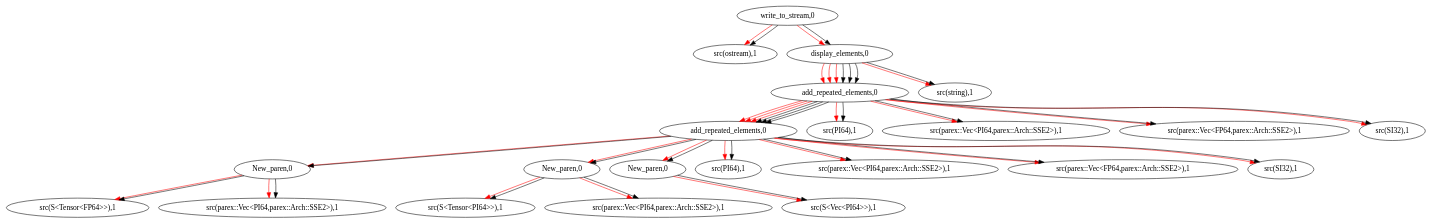
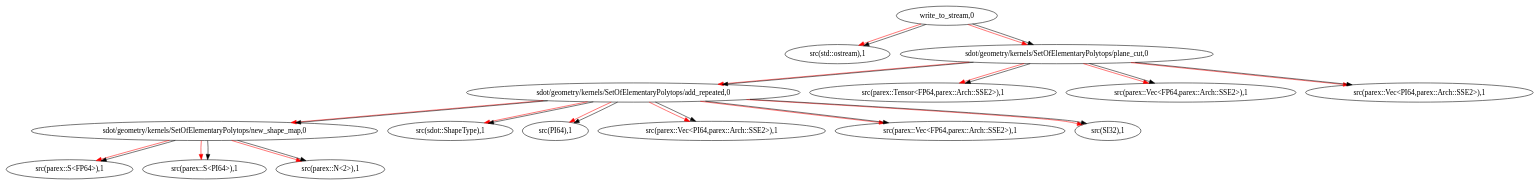
The diagram in .tasks.dot (sd-ot/sdot), drawn with Graphviz before and after one commit. The commit also changed 3 other files, not shown here.

```diff
--- a/.tasks.dot
+++ b/.tasks.dot
@@ -1,74 +1,48 @@
 digraph LexemMaker {
-  node_0x5635b8bb23c0 [label="src(ostream),1"];
-  node_0x5635b8bb2500 -> node_0x5635b8bb23c0 [color=red];
-  node_0x5635b8bb0c90 [label="src(S<Tensor<FP64>>),1"];
-  node_0x5635b8bb0e80 -> node_0x5635b8bb0c90 [color=red];
-  node_0x5635b8bb0d90 [label="src(parex::Vec<PI64,parex::Arch::SSE2>),1"];
-  node_0x5635b8bb0e80 -> node_0x5635b8bb0d90 [color=red];
-  node_0x5635b8bb0e80 [label="New_paren,0"];
-  node_0x5635b8bb0e80 -> node_0x5635b8bb0c90;
-  node_0x5635b8bb0e80 -> node_0x5635b8bb0d90;
-  node_0x5635b8bb1570 -> node_0x5635b8bb0e80 [color=red];
-  node_0x5635b8bb0f40 [label="src(S<Tensor<PI64>>),1"];
-  node_0x5635b8bb1160 -> node_0x5635b8bb0f40 [color=red];
-  node_0x5635b8bb1040 [label="src(parex::Vec<PI64,parex::Arch::SSE2>),1"];
-  node_0x5635b8bb1160 -> node_0x5635b8bb1040 [color=red];
-  node_0x5635b8bb1160 [label="New_paren,0"];
-  node_0x5635b8bb1160 -> node_0x5635b8bb0f40;
-  node_0x5635b8bb1160 -> node_0x5635b8bb1040;
-  node_0x5635b8bb1570 -> node_0x5635b8bb1160 [color=red];
-  node_0x5635b8bb1220 [label="src(S<Vec<PI64>>),1"];
-  node_0x5635b8bb1350 -> node_0x5635b8bb1220 [color=red];
-  node_0x5635b8bb1350 [label="New_paren,0"];
-  node_0x5635b8bb1350 -> node_0x5635b8bb1220;
-  node_0x5635b8bb1570 -> node_0x5635b8bb1350 [color=red];
-  node_0x5635b8bb0bd0 [label="src(PI64),1"];
-  node_0x5635b8bb1570 -> node_0x5635b8bb0bd0 [color=red];
-  node_0x5635b8bb0af0 [label="src(parex::Vec<PI64,parex::Arch::SSE2>),1"];
-  node_0x5635b8bb1570 -> node_0x5635b8bb0af0 [color=red];
-  node_0x5635b8bb09d0 [label="src(parex::Vec<FP64,parex::Arch::SSE2>),1"];
-  node_0x5635b8bb1570 -> node_0x5635b8bb09d0 [color=red];
-  node_0x5635b8bb0910 [label="src(SI32),1"];
-  node_0x5635b8bb1570 -> node_0x5635b8bb0910 [color=red];
-  node_0x5635b8bb1570 [label="add_repeated_elements,0"];
-  node_0x5635b8bb1570 -> node_0x5635b8bb0e80;
-  node_0x5635b8bb1570 -> node_0x5635b8bb1160;
-  node_0x5635b8bb1570 -> node_0x5635b8bb1350;
-  node_0x5635b8bb1570 -> node_0x5635b8bb0bd0;
-  node_0x5635b8bb1570 -> node_0x5635b8bb0af0;
-  node_0x5635b8bb1570 -> node_0x5635b8bb09d0;
-  node_0x5635b8bb1570 -> node_0x5635b8bb0910;
-  node_0x5635b8bb1c00 -> node_0x5635b8bb1570 [color=red];
-  node_0x5635b8bb1c00 -> node_0x5635b8bb1570 [color=red];
-  node_0x5635b8bb1c00 -> node_0x5635b8bb1570 [color=red];
-  node_0x5635b8bb1a80 [label="src(PI64),1"];
-  node_0x5635b8bb1c00 -> node_0x5635b8bb1a80 [color=red];
-  node_0x5635b8bb1970 [label="src(parex::Vec<PI64,parex::Arch::SSE2>),1"];
-  node_0x5635b8bb1c00 -> node_0x5635b8bb1970 [color=red];
-  node_0x5635b8bb17d0 [label="src(parex::Vec<FP64,parex::Arch::SSE2>),1"];
-  node_0x5635b8bb1c00 -> node_0x5635b8bb17d0 [color=red];
-  node_0x5635b8bb16d0 [label="src(SI32),1"];
-  node_0x5635b8bb1c00 -> node_0x5635b8bb16d0 [color=red];
-  node_0x5635b8bb1c00 [label="add_repeated_elements,0"];
-  node_0x5635b8bb1c00 -> node_0x5635b8bb1570;
-  node_0x5635b8bb1c00 -> node_0x5635b8bb1570;
-  node_0x5635b8bb1c00 -> node_0x5635b8bb1570;
-  node_0x5635b8bb1c00 -> node_0x5635b8bb1a80;
-  node_0x5635b8bb1c00 -> node_0x5635b8bb1970;
-  node_0x5635b8bb1c00 -> node_0x5635b8bb17d0;
-  node_0x5635b8bb1c00 -> node_0x5635b8bb16d0;
-  node_0x5635b8bb22d0 -> node_0x5635b8bb1c00 [color=red];
-  node_0x5635b8bb22d0 -> node_0x5635b8bb1c00 [color=red];
-  node_0x5635b8bb22d0 -> node_0x5635b8bb1c00 [color=red];
-  node_0x5635b8bb2170 [label="src(string),1"];
-  node_0x5635b8bb22d0 -> node_0x5635b8bb2170 [color=red];
-  node_0x5635b8bb22d0 [label="display_elements,0"];
-  node_0x5635b8bb22d0 -> node_0x5635b8bb1c00;
-  node_0x5635b8bb22d0 -> node_0x5635b8bb1c00;
-  node_0x5635b8bb22d0 -> node_0x5635b8bb1c00;
-  node_0x5635b8bb22d0 -> node_0x5635b8bb2170;
-  node_0x5635b8bb2500 -> node_0x5635b8bb22d0 [color=red];
-  node_0x5635b8bb2500 [label="write_to_stream,0"];
-  node_0x5635b8bb2500 -> node_0x5635b8bb23c0;
-  node_0x5635b8bb2500 -> node_0x5635b8bb22d0;
+  node_0x5617e95d2f80 [label="src(std::ostream),1"];
+  node_0x5617e95d3050 -> node_0x5617e95d2f80 [color=red];
+  node_0x5617e95d1570 [label="src(parex::S<FP64>),1"];
+  node_0x5617e95d17d0 -> node_0x5617e95d1570 [color=red];
+  node_0x5617e95d1610 [label="src(parex::S<PI64>),1"];
+  node_0x5617e95d17d0 -> node_0x5617e95d1610 [color=red];
+  node_0x5617e95d16b0 [label="src(parex::N<2>),1"];
+  node_0x5617e95d17d0 -> node_0x5617e95d16b0 [color=red];
+  node_0x5617e95d17d0 [label="sdot/geometry/kernels/SetOfElementaryPolytops/new_shape_map,0"];
+  node_0x5617e95d17d0 -> node_0x5617e95d1570;
+  node_0x5617e95d17d0 -> node_0x5617e95d1610;
+  node_0x5617e95d17d0 -> node_0x5617e95d16b0;
+  node_0x5617e95d1f40 -> node_0x5617e95d17d0 [color=red];
+  node_0x5617e95d1d80 [label="src(sdot::ShapeType),1"];
+  node_0x5617e95d1f40 -> node_0x5617e95d1d80 [color=red];
+  node_0x5617e95d1ca0 [label="src(PI64),1"];
+  node_0x5617e95d1f40 -> node_0x5617e95d1ca0 [color=red];
+  node_0x5617e95d1ba0 [label="src(parex::Vec<PI64,parex::Arch::SSE2>),1"];
+  node_0x5617e95d1f40 -> node_0x5617e95d1ba0 [color=red];
+  node_0x5617e95d1a60 [label="src(parex::Vec<FP64,parex::Arch::SSE2>),1"];
+  node_0x5617e95d1f40 -> node_0x5617e95d1a60 [color=red];
+  node_0x5617e95d1940 [label="src(SI32),1"];
+  node_0x5617e95d1f40 -> node_0x5617e95d1940 [color=red];
+  node_0x5617e95d1f40 [label="sdot/geometry/kernels/SetOfElementaryPolytops/add_repeated,0"];
+  node_0x5617e95d1f40 -> node_0x5617e95d17d0;
+  node_0x5617e95d1f40 -> node_0x5617e95d1d80;
+  node_0x5617e95d1f40 -> node_0x5617e95d1ca0;
+  node_0x5617e95d1f40 -> node_0x5617e95d1ba0;
+  node_0x5617e95d1f40 -> node_0x5617e95d1a60;
+  node_0x5617e95d1f40 -> node_0x5617e95d1940;
+  node_0x5617e95d2a10 -> node_0x5617e95d1f40 [color=red];
+  node_0x5617e95d2880 [label="src(parex::Tensor<FP64,parex::Arch::SSE2>),1"];
+  node_0x5617e95d2a10 -> node_0x5617e95d2880 [color=red];
+  node_0x5617e95d2590 [label="src(parex::Vec<FP64,parex::Arch::SSE2>),1"];
+  node_0x5617e95d2a10 -> node_0x5617e95d2590 [color=red];
+  node_0x5617e95d23e0 [label="src(parex::Vec<PI64,parex::Arch::SSE2>),1"];
+  node_0x5617e95d2a10 -> node_0x5617e95d23e0 [color=red];
+  node_0x5617e95d2a10 [label="sdot/geometry/kernels/SetOfElementaryPolytops/plane_cut,0"];
+  node_0x5617e95d2a10 -> node_0x5617e95d1f40;
+  node_0x5617e95d2a10 -> node_0x5617e95d2880;
+  node_0x5617e95d2a10 -> node_0x5617e95d2590;
+  node_0x5617e95d2a10 -> node_0x5617e95d23e0;
+  node_0x5617e95d3050 -> node_0x5617e95d2a10 [color=red];
+  node_0x5617e95d3050 [label="write_to_stream,0"];
+  node_0x5617e95d3050 -> node_0x5617e95d2f80;
+  node_0x5617e95d3050 -> node_0x5617e95d2a10;
 }
```
